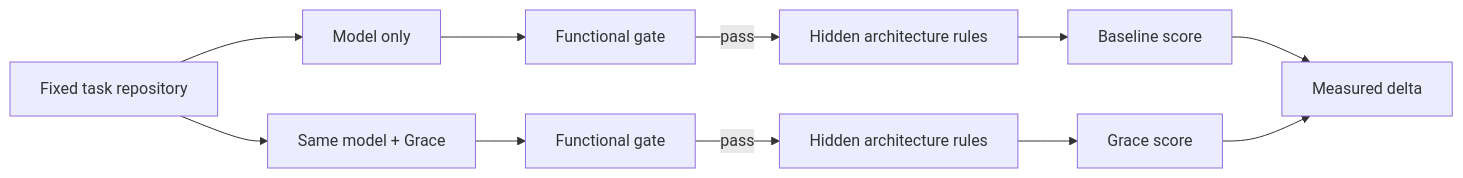
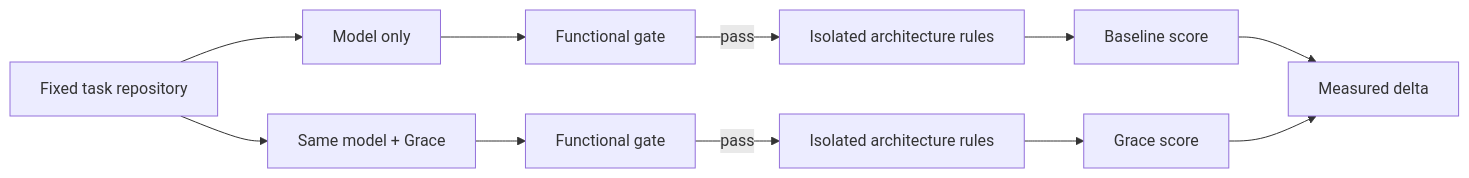
One commit to HoppR-tech/codeconform-bench changed the first of 4 diagrams in README.md. Above: the diagram before and after it, drawn with Mermaid. The commit also changed other lines of this file and 30 other files, not shown here.

````diff
--- a/README.md
+++ b/README.md
@@ -34,13 +34,13 @@
 ```mermaid
 flowchart LR
     T[Fixed task repository] --> B[Model only]
     T --> G[Same model + Grace]
     B --> F1[Functional gate]
     G --> F2[Functional gate]
-    F1 -->|pass| A1[Hidden architecture rules]
-    F2 -->|pass| A2[Hidden architecture rules]
+    F1 -->|pass| A1[Isolated architecture rules]
+    F2 -->|pass| A2[Isolated architecture rules]
     A1 --> S1[Baseline score]
     A2 --> S2[Grace score]
     S1 --> D[Measured delta]
     S2 --> D
 ```
````
